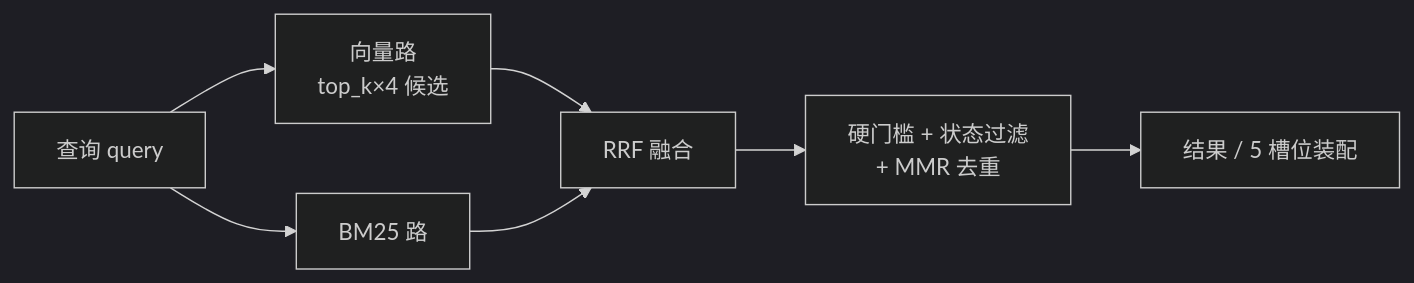
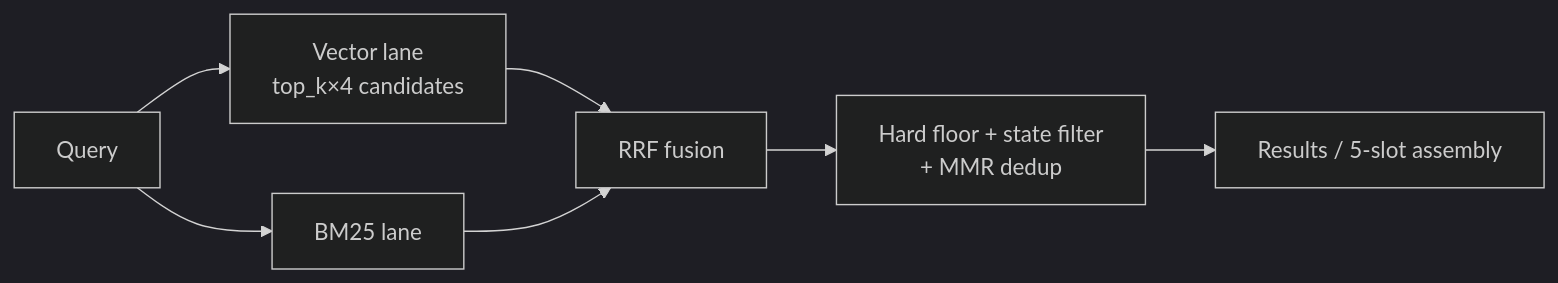
Before and after one commit to cstksniper/hippocampus-mcp: the fourth of 5 diagrams in docs/ARCHITECTURE.md, drawn with Mermaid (dark theme). The commit also changed other lines of this file and 2 other files, not shown here.

Commit message:
docs: bilingual ARCHITECTURE - English trunk + Chinese edition

````diff
--- a/docs/ARCHITECTURE.md
+++ b/docs/ARCHITECTURE.md
@@ -117,9 +153,9 @@
 ```mermaid
 flowchart LR
-    Q["查询 query"] --> V["向量路<br/>top_k×4 候选"]
-    Q --> B["BM25 路"]
-    V --> F["RRF 融合"]
+    Q["Query"] --> V["Vector lane<br/>top_k×4 candidates"]
+    Q --> B["BM25 lane"]
+    V --> F["RRF fusion"]
     B --> F
-    F --> G["硬门槛 + 状态过滤<br/>+ MMR 去重"]
-    G --> O["结果 / 5 槽位装配"]
+    F --> G["Hard floor + state filter<br/>+ MMR dedup"]
+    G --> O["Results / 5-slot assembly"]
 ```
````
